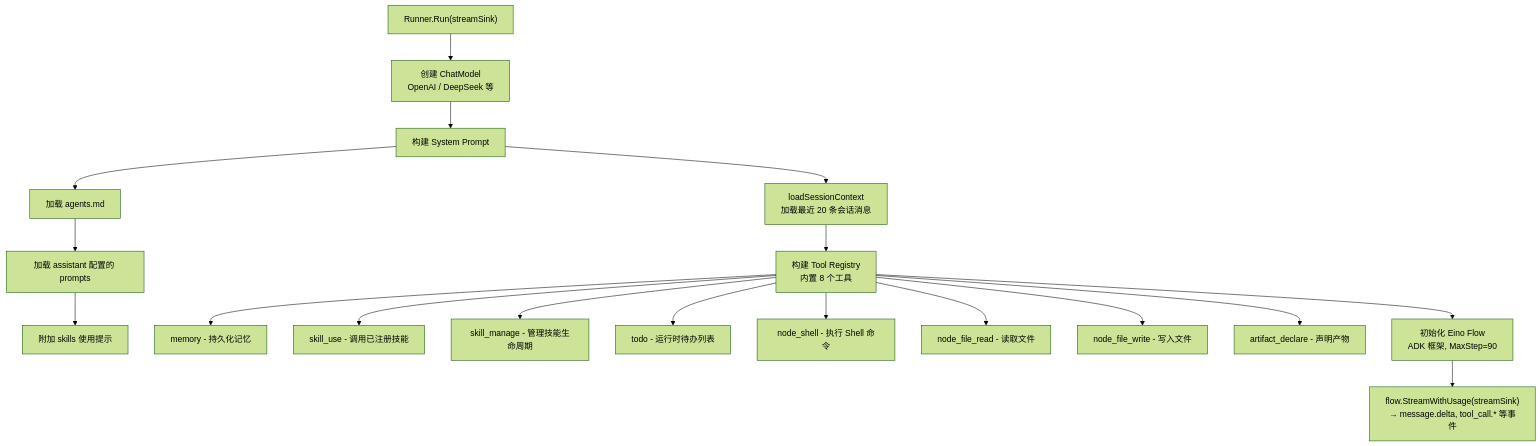
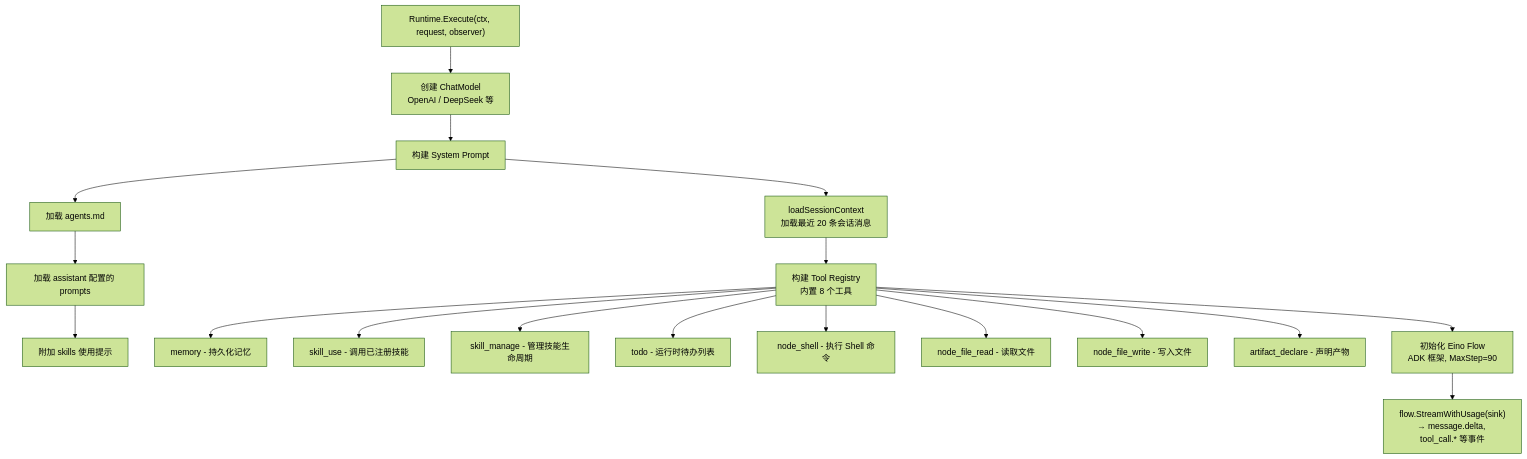
One commit to morehao/oss-insights changed the sixth of 8 diagrams in agent-product/leros/user-session-full-flow.md. Above: the diagram before and after it, drawn with Mermaid (forest theme). The commit also changed other lines of this file and 4 other files, not shown here.

Commit message:
docs(leros): update architecture and data flow documents

````diff
--- a/agent-product/leros/user-session-full-flow.md
+++ b/agent-product/leros/user-session-full-flow.md
@@ -247,23 +255,23 @@
 ```mermaid
 flowchart TD
-    A["Runner.Run(streamSink)"] --> B["创建 ChatModel<br/>OpenAI / DeepSeek 等"]
+    A["Runtime.Execute(ctx, request, observer)"] --> B["创建 ChatModel<br/>OpenAI / DeepSeek 等"]
     B --> C["构建 System Prompt"]
     C --> C1["加载 agents.md"]
     C1 --> C2["加载 assistant 配置的 prompts"]
     C2 --> C3["附加 skills 使用提示"]
 
     C --> D["loadSessionContext<br/>加载最近 20 条会话消息"]
     D --> E["构建 Tool Registry<br/>内置 8 个工具"]
 
     E --> E1["memory - 持久化记忆"]
     E --> E2["skill_use - 调用已注册技能"]
     E --> E3["skill_manage - 管理技能生命周期"]
     E --> E4["todo - 运行时待办列表"]
     E --> E5["node_shell - 执行 Shell 命令"]
     E --> E6["node_file_read - 读取文件"]
     E --> E7["node_file_write - 写入文件"]
     E --> E8["artifact_declare - 声明产物"]
 
     E --> F["初始化 Eino Flow<br/>ADK 框架, MaxStep=90"]
-    F --> G["flow.StreamWithUsage(streamSink)<br/>→ message.delta, tool_call.* 等事件"]
+    F --> G["flow.StreamWithUsage(sink)<br/>→ message.delta, tool_call.* 等事件"]
 ```
````
